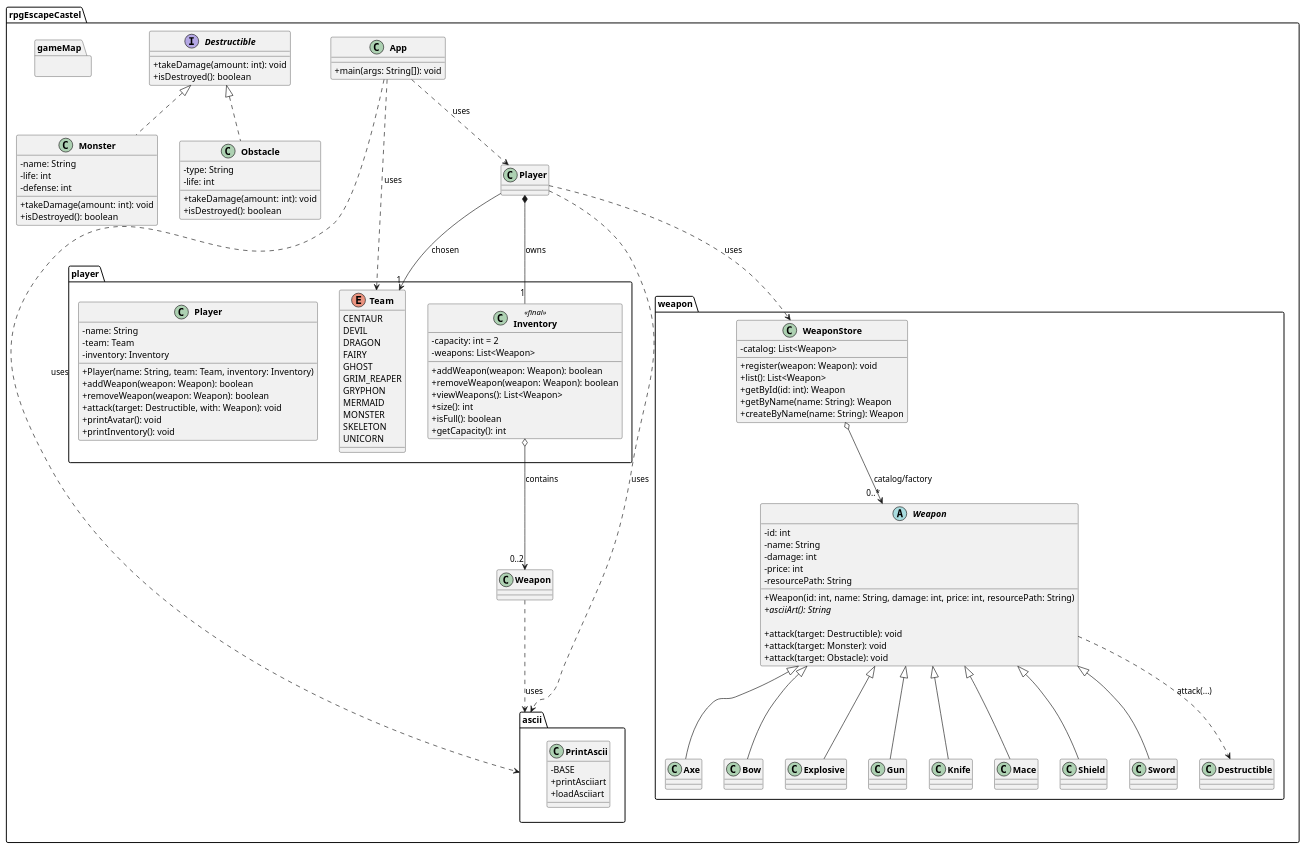
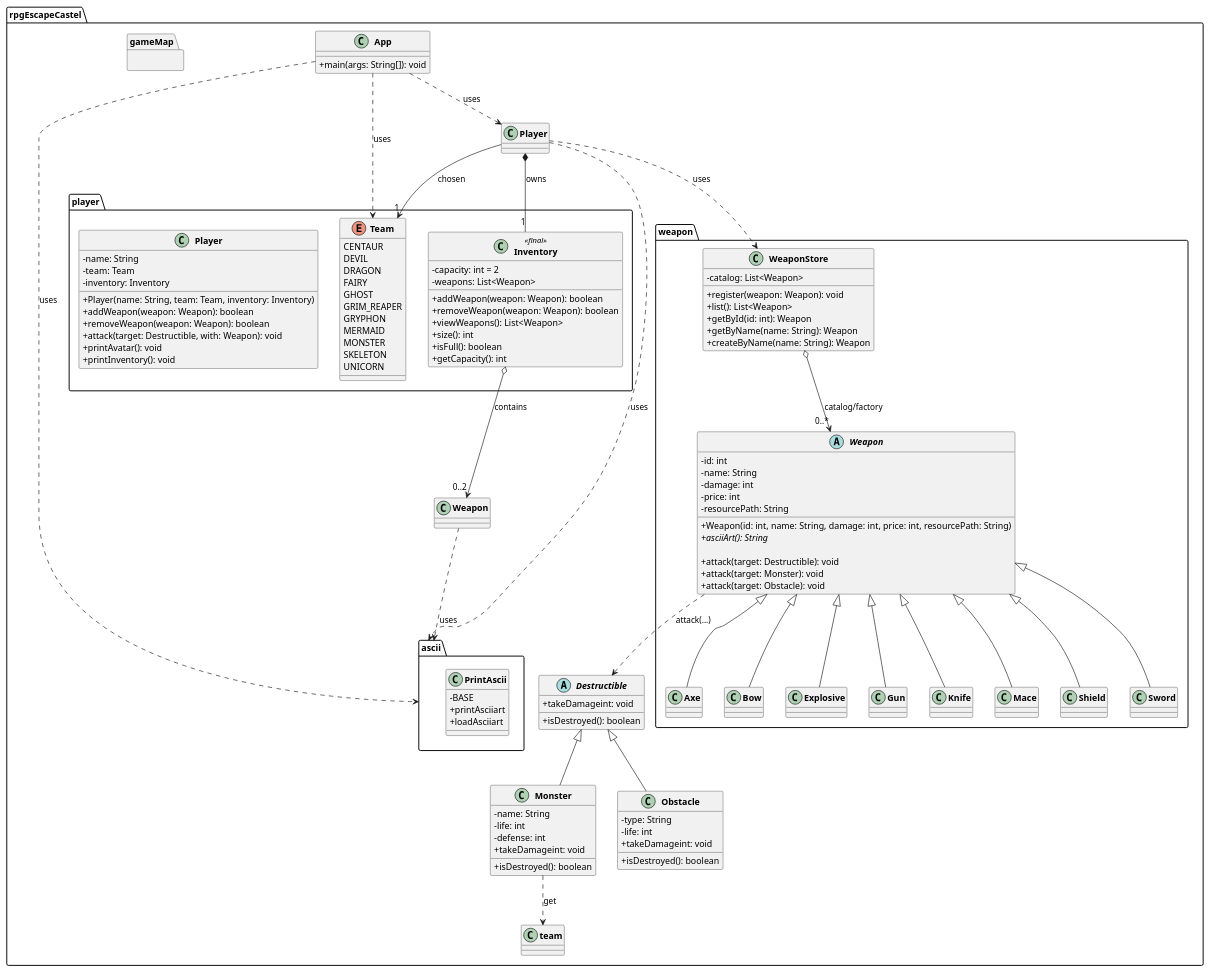
The diagram in diagram.puml (edusilvaramos/EscapeCastel), drawn with PlantUML before and after one commit. The commit also changed 3 other files, not shown here.

```diff
--- a/diagram.puml
+++ b/diagram.puml
@@ -1,136 +1,136 @@
 @startuml
 skinparam classAttributeIconSize 0
 skinparam classFontStyle bold
 
 package rpgEscapeCastel {
     class App {
         + main(args: String[]): void
     }
 
-    package gameMap {}
+    package gameMap {
+        
+
+    }
+
+    abstract class Destructible {
+        + takeDamageint: void
+        + isDestroyed(): boolean
+    }
+
+    class Monster extends Destructible {
+        - name: String
+        - life: int
+        - defense: int
+        + takeDamageint: void
+        + isDestroyed(): boolean
+    }
+
+    class Obstacle extends Destructible {
+        - type: String
+        - life: int
+        + takeDamageint: void
+        + isDestroyed(): boolean
+    }
+
 
     package ascii {
         class PrintAscii{
             - BASE
             + printAsciiart
             + loadAsciiart
         }
     }
+    Monster ..> team : get
     App ..> ascii : uses
     Player ..> ascii : uses
     Weapon ..> ascii : uses
 
 
 
     package weapon {
         abstract class Weapon {
             - id: int
             - name: String
             - damage: int
             - price: int
             - resourcePath: String
             + Weapon(id: int, name: String, damage: int, price: int, resourcePath: String)
             {abstract} + asciiArt(): String
 
             ' OVERLOADING (PFF 3)'
             + attack(target: Destructible): void
             + attack(target: Monster): void
             + attack(target: Obstacle): void
         }
 
         class Axe extends Weapon
         class Bow extends Weapon
         class Explosive extends Weapon
         class Gun extends Weapon
         class Knife extends Weapon
         class Mace extends Weapon
         class Shield extends Weapon
         class Sword extends Weapon
 
         Weapon ..> Destructible : attack(...)
 
         class WeaponStore {
             - catalog: List<Weapon>
             + register(weapon: Weapon): void
             + list(): List<Weapon>
             + getById(id: int): Weapon
             + getByName(name: String): Weapon
             + createByName(name: String): Weapon
         }
 
         WeaponStore o--> "0..*" Weapon : catalog/factory
 
     }
     package player {
 
         enum Team {
             CENTAUR
             DEVIL
             DRAGON
             FAIRY
             GHOST
             GRIM_REAPER
             GRYPHON
             MERMAID
             MONSTER
             SKELETON
             UNICORN
         }
         class Inventory <<final>> {
             - capacity: int = 2
             - weapons: List<Weapon>
             + addWeapon(weapon: Weapon): boolean
             + removeWeapon(weapon: Weapon): boolean
             + viewWeapons(): List<Weapon>
             + size(): int
             + isFull(): boolean
             + getCapacity(): int
         }
 
         class Player {
             - name: String
             - team: Team
             - inventory: Inventory
             + Player(name: String, team: Team, inventory: Inventory)
             + addWeapon(weapon: Weapon): boolean
             + removeWeapon(weapon: Weapon): boolean
             + attack(target: Destructible, with: Weapon): void
             + printAvatar(): void
             + printInventory(): void
         }
     }
 
-    interface Destructible {
-        + takeDamage(amount: int): void
-        + isDestroyed(): boolean
-    }
-
-    class Monster implements Destructible {
-        - name: String
-        - life: int
-        - defense: int
-        + takeDamage(amount: int): void
-        + isDestroyed(): boolean
-    }
-
-    class Obstacle implements Destructible {
-        - type: String
-        - life: int
-        + takeDamage(amount: int): void
-        + isDestroyed(): boolean
-    }
-
-
-
-
-
-
 
     Player *-- "1" Inventory : owns
     Inventory o--> "0..2" Weapon : contains
     Player --> "1" Team : chosen
     Player ..> WeaponStore : uses
     App ..> Player : uses
     App ..> Team : uses
 }
 @enduml
```
